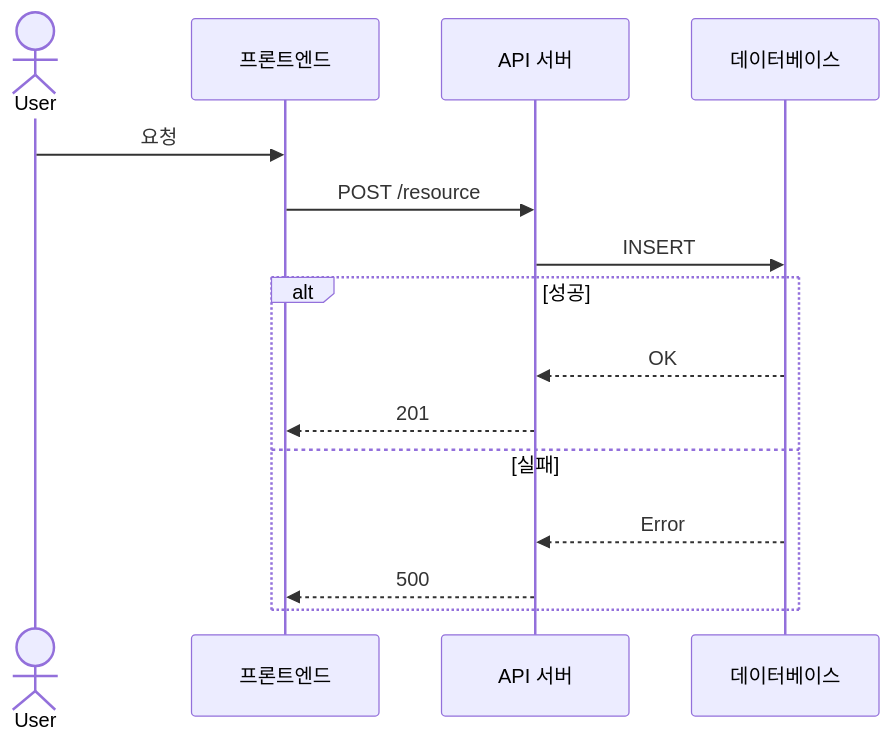
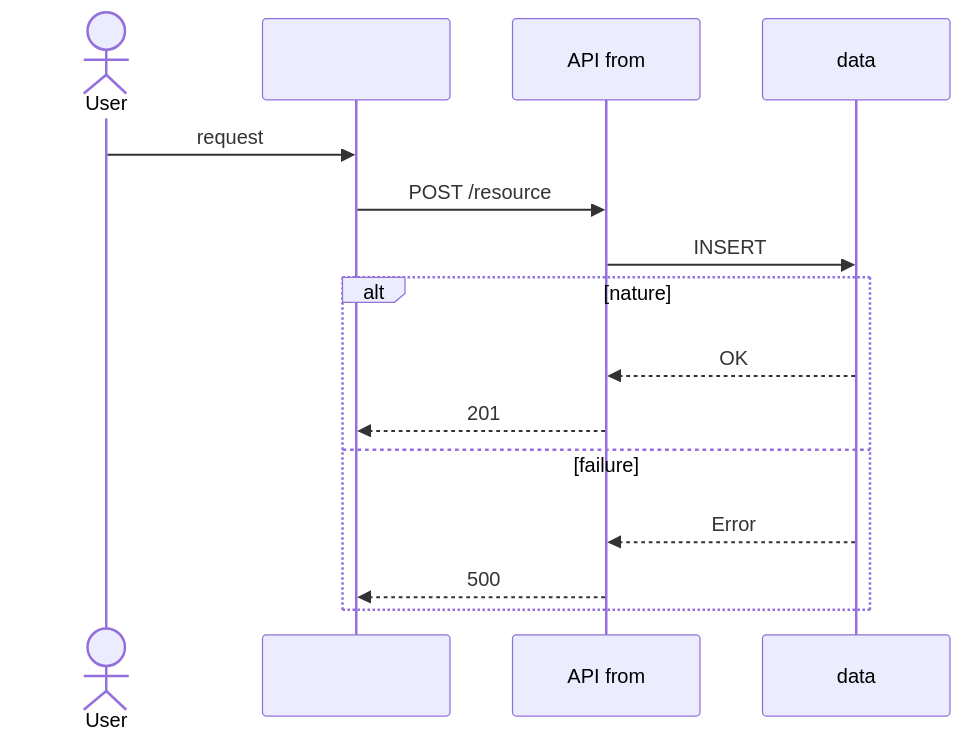
One commit to chodolmu/taskforge-pro changed the fourth of 9 diagrams in harnesses/communication/technical-writer/skills/diagram-patterns/skill.md. Above: the diagram before and after it, drawn with Mermaid. The commit also changed other lines of this file and 952 other files, not shown here.

````diff
--- a/harnesses/communication/technical-writer/skills/diagram-patterns/skill.md
+++ b/harnesses/communication/technical-writer/skills/diagram-patterns/skill.md
@@ -76,17 +76,17 @@
 ```mermaid
 sequenceDiagram
-    actor User
-    participant FE as 프론트엔드
-    participant API as API 서버
-    participant DB as 데이터베이스
-    User->>FE: 요청
-    FE->>API: POST /resource
-    API->>DB: INSERT
-    alt 성공
-        DB-->>API: OK
-        API-->>FE: 201
-    else 실패
-        DB-->>API: Error
-        API-->>FE: 500
-    end
+ actor User
+ participant FE as 
+ participant API as API from
+ participant DB as data
+ User->>FE: request
+ FE->>API: POST /resource
+ API->>DB: INSERT
+ alt nature
+ DB-->>API: OK
+ API-->>FE: 201
+ else failure
+ DB-->>API: Error
+ API-->>FE: 500
+ end
 ```
````
